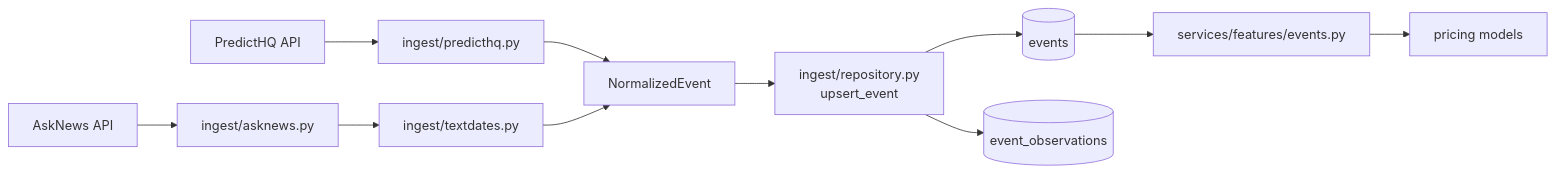
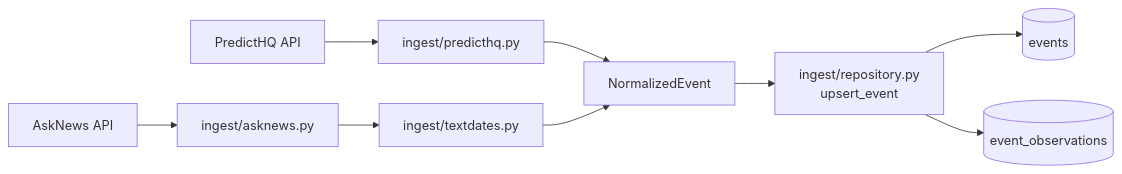
One commit to GenerateNU/foresight changed the diagram in docs/event-extraction.md. Above: the diagram before and after it, drawn with Mermaid. The commit also changed other lines of this file, not shown here.

````diff
--- a/docs/event-extraction.md
+++ b/docs/event-extraction.md
@@ -7,12 +7,10 @@
 ```mermaid
 flowchart LR
     PHQ[PredictHQ API] --> PA[ingest/predicthq.py]
     AN[AskNews API] --> AA[ingest/asknews.py]
     PA --> NE[NormalizedEvent]
     AA --> TD[ingest/textdates.py] --> NE
     NE --> R[ingest/repository.py<br/>upsert_event]
     R --> EV[(events)]
     R --> OB[(event_observations)]
-    EV --> F[services/features/events.py]
-    F --> M[pricing models]
 ```
````
